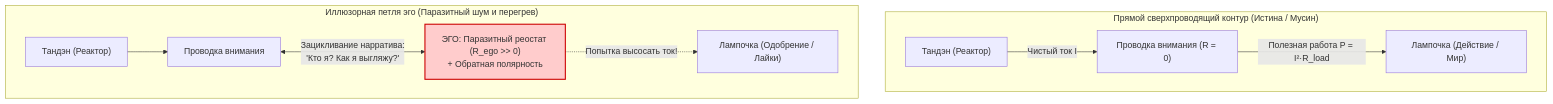
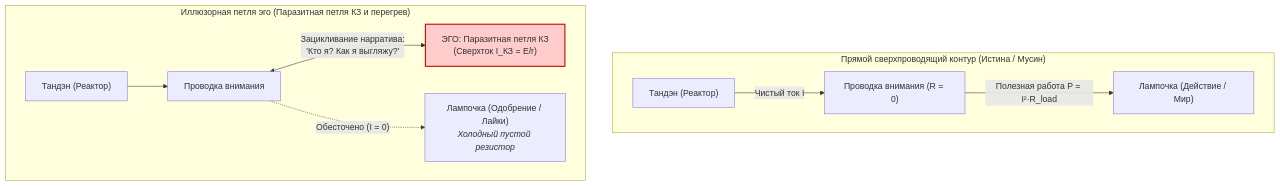
The diagram in wiki/07-nature-and-illusion-of-ego.md (vsanyanov-ux/inner-current), drawn with Mermaid before and after one commit. The commit also changed other lines of this file and 81 other files, not shown here.

Commit message:
feat(core): v1.4.0 - Zen architecture refactoring, pure physics engine, telemetry validation and domain registries

````diff
--- a/wiki/07-nature-and-illusion-of-ego.md
+++ b/wiki/07-nature-and-illusion-of-ego.md
@@ -48,14 +48,14 @@
 ```mermaid
 flowchart TD
     subgraph Natural ["Прямой сверхпроводящий контур (Истина / Мусин)"]
         T1["Тандэн (Реактор)"] -->|"Чистый ток I"| W1["Проводка внимания (R = 0)"]
         W1 -->|"Полезная работа P = I²·R_load"| L1["Лампочка (Действие / Мир)"]
     end
 
-    subgraph EgoLoop ["Иллюзорная петля эго (Паразитный шум и перегрев)"]
+    subgraph EgoLoop ["Иллюзорная петля эго (Паразитная петля КЗ и перегрев)"]
         T2["Тандэн (Реактор)"] --> W2["Проводка внимания"]
-        W2 <-->|"Зацикливание нарратива:<br/>'Кто я? Как я выгляжу?'"| Ego["ЭГО: Паразитный реостат (R_ego >> 0)<br/>+ Обратная полярность"]
-        Ego -.->|"Попытка высосать ток!"| L2["Лампочка (Одобрение / Лайки)"]
+        W2 <-->|"Зацикливание нарратива:<br/>'Кто я? Как я выгляжу?'"| Ego["ЭГО: Паразитная петля КЗ<br/>(Сверхток I_КЗ = E/r)"]
+        W2 -. "Обесточено (I = 0)" .-> L2["Лампочка (Одобрение / Лайки)<br/><i>Холодный пустой резистор</i>"]
         style Ego fill:#ffcccc,stroke:#cc0000,stroke-width:2px
     end
 ```
````
